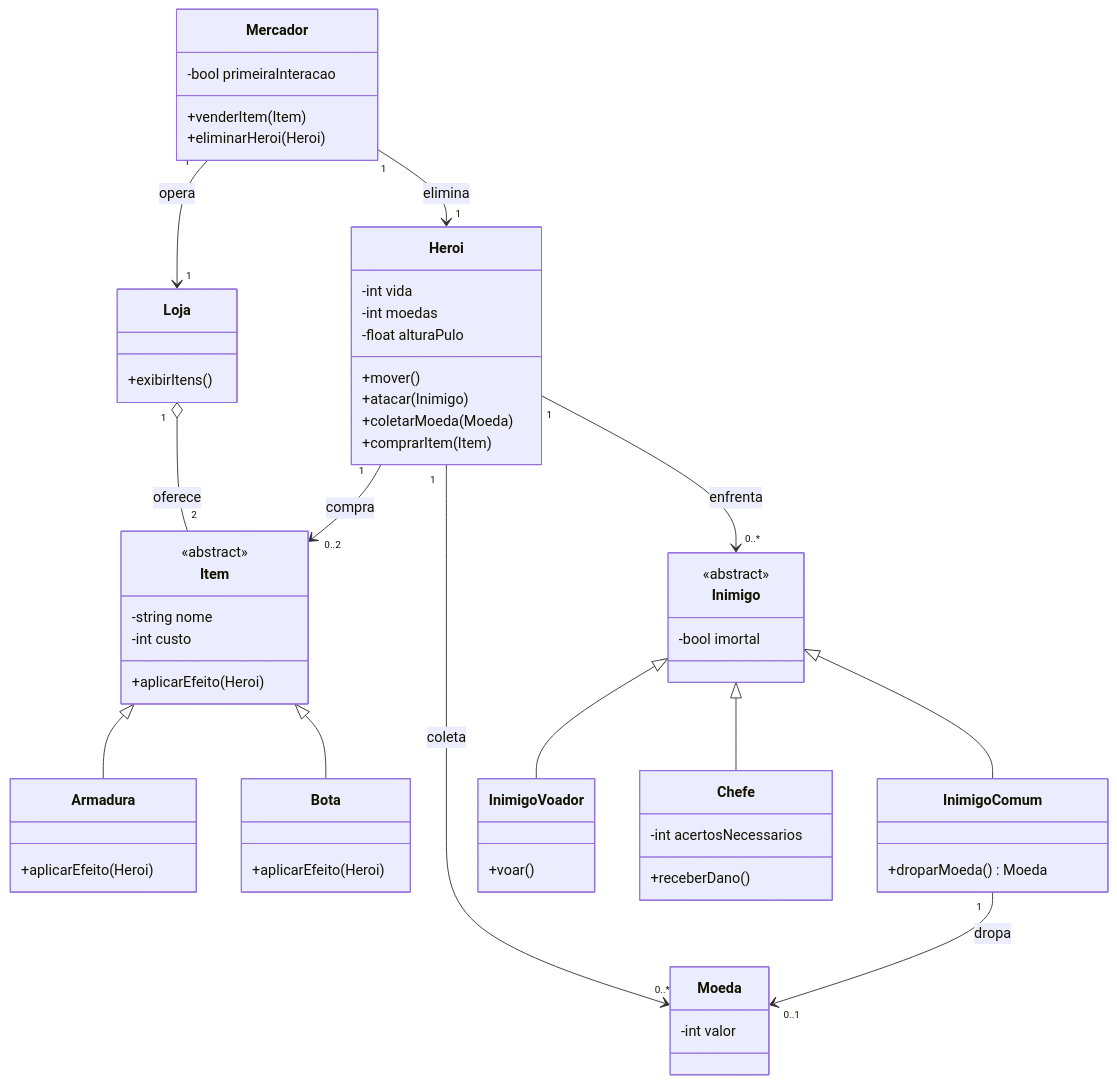
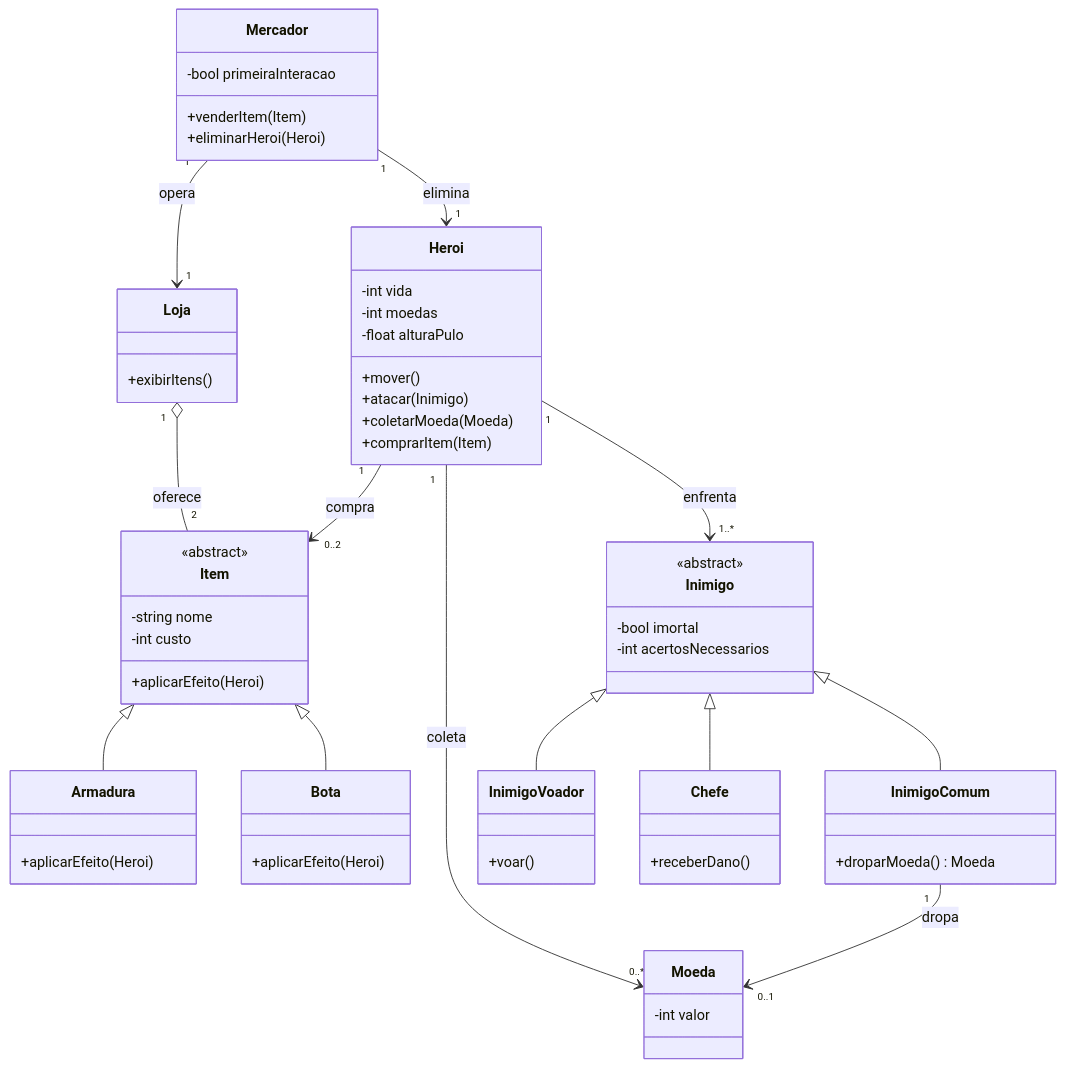
Before and after one commit to jppiniani/SemReembolso: the diagram in README.md, drawn with Mermaid. The commit also changed other lines of this file, not shown here.

````diff
--- a/README.md
+++ b/README.md
@@ -107,63 +112,63 @@
 ```mermaid
 classDiagram
     class Heroi {
         -int vida
         -int moedas
         -float alturaPulo
         +mover()
         +atacar(Inimigo)
         +coletarMoeda(Moeda)
         +comprarItem(Item)
     }
     class Mercador {
         -bool primeiraInteracao
         +venderItem(Item)
         +eliminarHeroi(Heroi)
     }
     class Loja {
         +exibirItens()
     }
     class Item {
         <<abstract>>
         -string nome
         -int custo
         +aplicarEfeito(Heroi)
     }
     class Armadura {
         +aplicarEfeito(Heroi)
     }
     class Bota {
         +aplicarEfeito(Heroi)
     }
     class Inimigo {
         <<abstract>>
         -bool imortal
+        -int acertosNecessarios
     }
     class InimigoComum {
         +droparMoeda() Moeda
     }
     class InimigoVoador {
         +voar()
     }
     class Chefe {
-        -int acertosNecessarios
         +receberDano()
     }
     class Moeda {
         -int valor
     }
 
     Item <|-- Armadura
     Item <|-- Bota
     Inimigo <|-- InimigoComum
     Inimigo <|-- InimigoVoador
     Inimigo <|-- Chefe
 
     Mercador "1" --> "1" Loja : opera
     Loja "1" o-- "2" Item : oferece
     Heroi "1" --> "0..2" Item : compra
     Heroi "1" --> "0..*" Moeda : coleta
-    Heroi "1" --> "0..*" Inimigo : enfrenta
+    Heroi "1" --> "1..*" Inimigo : enfrenta
     Mercador "1" --> "1" Heroi : elimina
     InimigoComum "1" --> "0..1" Moeda : dropa
 ```
````
